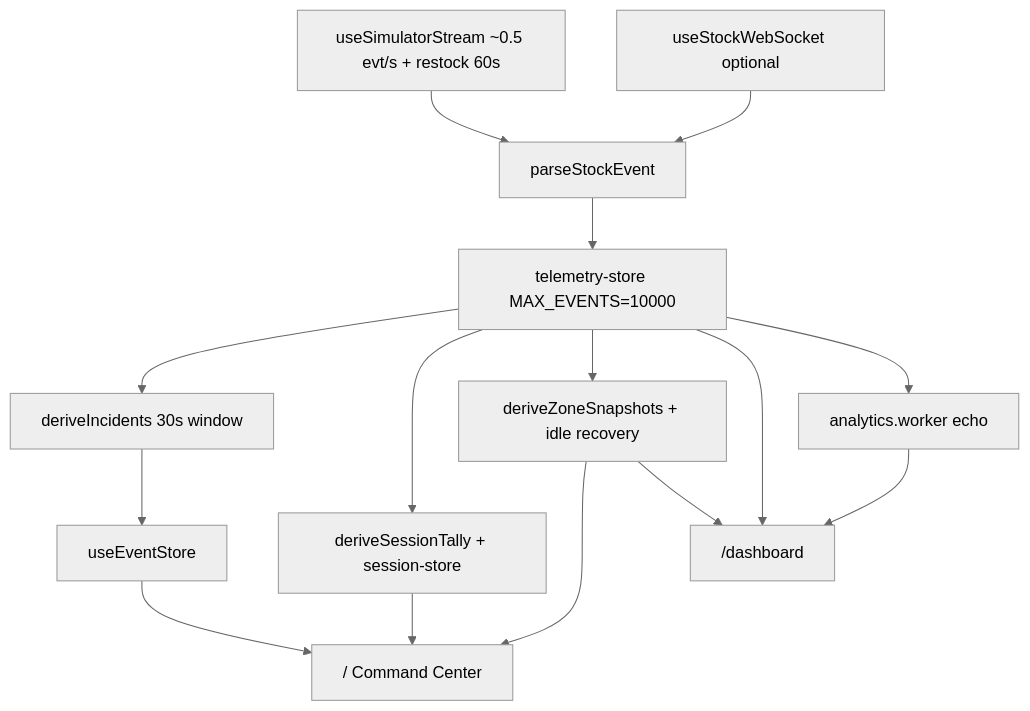
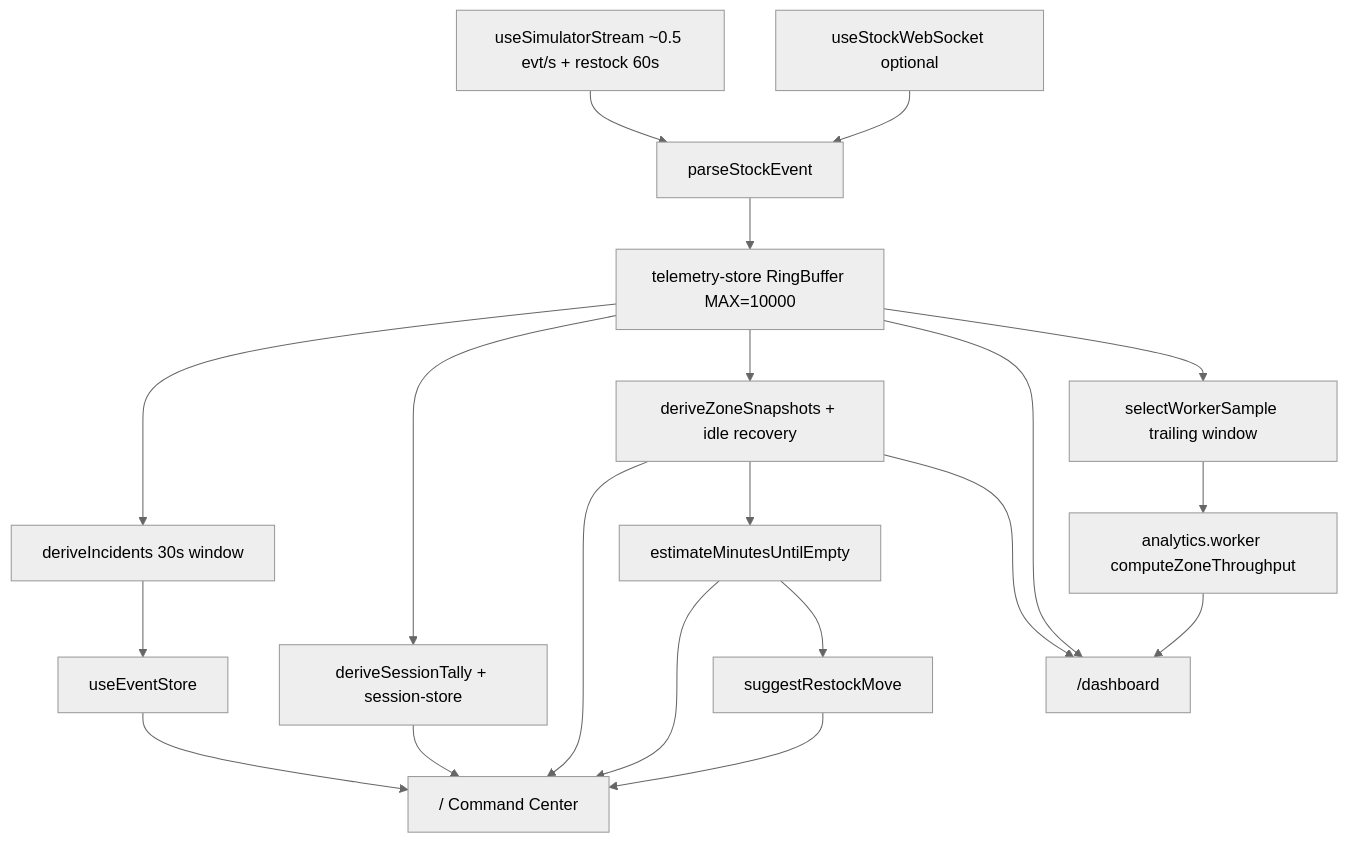
The diagram in docs/architecture.md (ikrame-ih/live-event-radar), drawn with Mermaid (neutral theme) before and after one commit. The commit also changed other lines of this file and 44 other files, not shown here.

First line of the commit message:
feat: move throughput math to a Web Worker and cap the buffer with a ring

````diff
--- a/docs/architecture.md
+++ b/docs/architecture.md
@@ -9,24 +9,28 @@
 ```mermaid
 flowchart TB
   mock["useSimulatorStream ~0.5 evt/s + restock 60s"]
   ws["useStockWebSocket optional"]
   parse["parseStockEvent"]
-  telemetry["telemetry-store MAX_EVENTS=10000"]
+  telemetry["telemetry-store RingBuffer MAX=10000"]
   incidents["deriveIncidents 30s window"]
   tally["deriveSessionTally + session-store"]
   stock["deriveZoneSnapshots + idle recovery"]
+  eta["estimateMinutesUntilEmpty"]
+  suggest["suggestRestockMove"]
   eventStore["useEventStore"]
-  worker["analytics.worker echo"]
+  sample["selectWorkerSample trailing window"]
+  worker["analytics.worker computeZoneThroughput"]
   cmd["/ Command Center"]
   dash["/dashboard"]
 
   mock --> parse --> telemetry
   ws --> parse
   telemetry --> incidents --> eventStore --> cmd
   telemetry --> tally --> cmd
-  telemetry --> stock
-  stock --> cmd
+  telemetry --> stock --> cmd
+  stock --> eta --> cmd
+  eta --> suggest --> cmd
   telemetry --> dash
   stock --> dash
-  telemetry --> worker --> dash
+  telemetry --> sample --> worker --> dash
 ```
````
